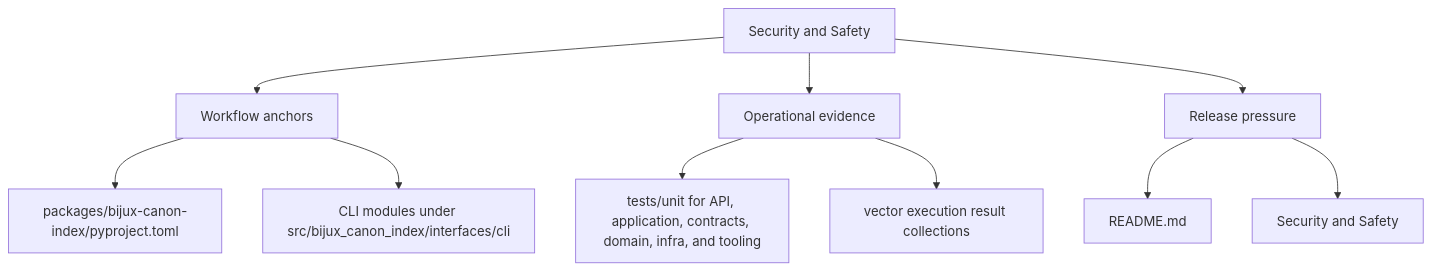
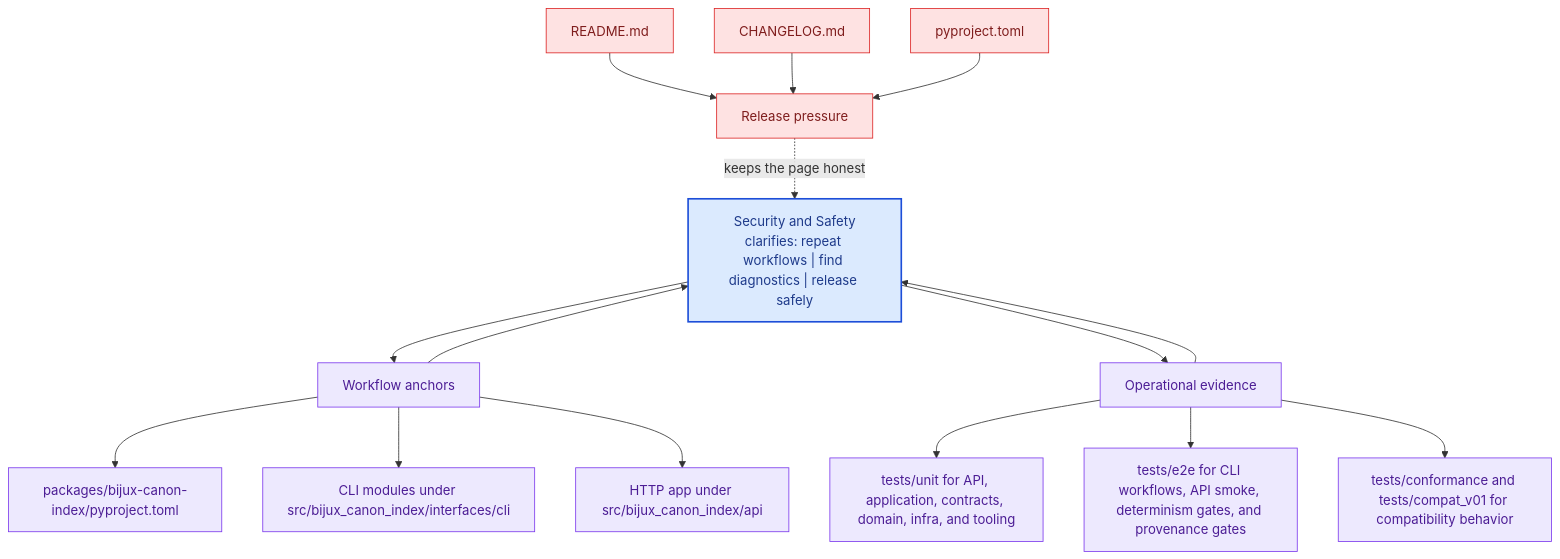
Before and after one commit to bijux/bijux-canon: the second of 2 diagrams in docs/bijux-canon-index/operations/security-and-safety.md, drawn with Mermaid. The commit also changed other lines of this file and 281 other files, not shown here.

Commit message:
docs(diagrams): deepen handbook mermaid maps across the catalog

````diff
--- a/docs/bijux-canon-index/operations/security-and-safety.md
+++ b/docs/bijux-canon-index/operations/security-and-safety.md
@@ -34,22 +67,41 @@
 ```mermaid
-flowchart TD
-    page["Security and Safety"]
+flowchart TB
+    promise["Security and Safety<br/>clarifies: repeat workflows | find diagnostics | release safely"]
+    classDef promise fill:#dbeafe,stroke:#1d4ed8,color:#1e3a8a,stroke-width:2px;
+    classDef driver fill:#dcfce7,stroke:#16a34a,color:#14532d;
+    classDef constraint fill:#fee2e2,stroke:#dc2626,color:#7f1d1d;
+    classDef ground fill:#ede9fe,stroke:#7c3aed,color:#4c1d95;
     focus1["Workflow anchors"]
-    page --> focus1
+    focus1 --> promise
+    promise --> focus1
     focus1_1["packages/bijux-canon-index/pyproject.toml"]
     focus1 --> focus1_1
     focus1_2["CLI modules under src/bijux_canon_index/interfaces/cli"]
     focus1 --> focus1_2
+    focus1_3["HTTP app under src/bijux_canon_index/api"]
+    focus1 --> focus1_3
+    class focus1 ground;
+    class focus1_1,focus1_2,focus1_3 ground;
     focus2["Operational evidence"]
-    page --> focus2
+    focus2 --> promise
+    promise --> focus2
     focus2_1["tests/unit for API, application, contracts, domain, infra, and tooling"]
     focus2 --> focus2_1
-    focus2_2["vector execution result collections"]
+    focus2_2["tests/e2e for CLI workflows, API smoke, determinism gates, and provenance gates"]
     focus2 --> focus2_2
+    focus2_3["tests/conformance and tests/compat_v01 for compatibility behavior"]
+    focus2 --> focus2_3
+    class focus2 ground;
+    class focus2_1,focus2_2,focus2_3 ground;
     focus3["Release pressure"]
-    page --> focus3
+    focus3 -.keeps the page honest.-> promise
     focus3_1["README.md"]
-    focus3 --> focus3_1
-    focus3_2["Security and Safety"]
-    focus3 --> focus3_2
+    focus3_1 --> focus3
+    focus3_2["CHANGELOG.md"]
+    focus3_2 --> focus3
+    focus3_3["pyproject.toml"]
+    focus3_3 --> focus3
+    class focus3 constraint;
+    class focus3_1,focus3_2,focus3_3 constraint;
+    class promise promise;
 ```
````
